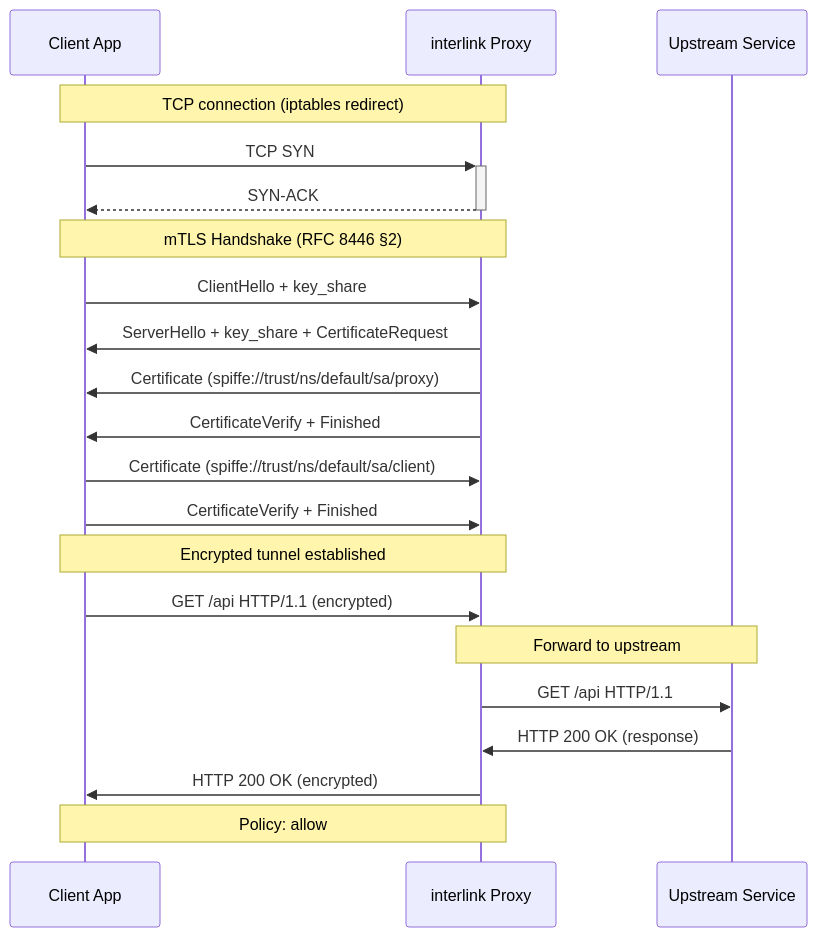
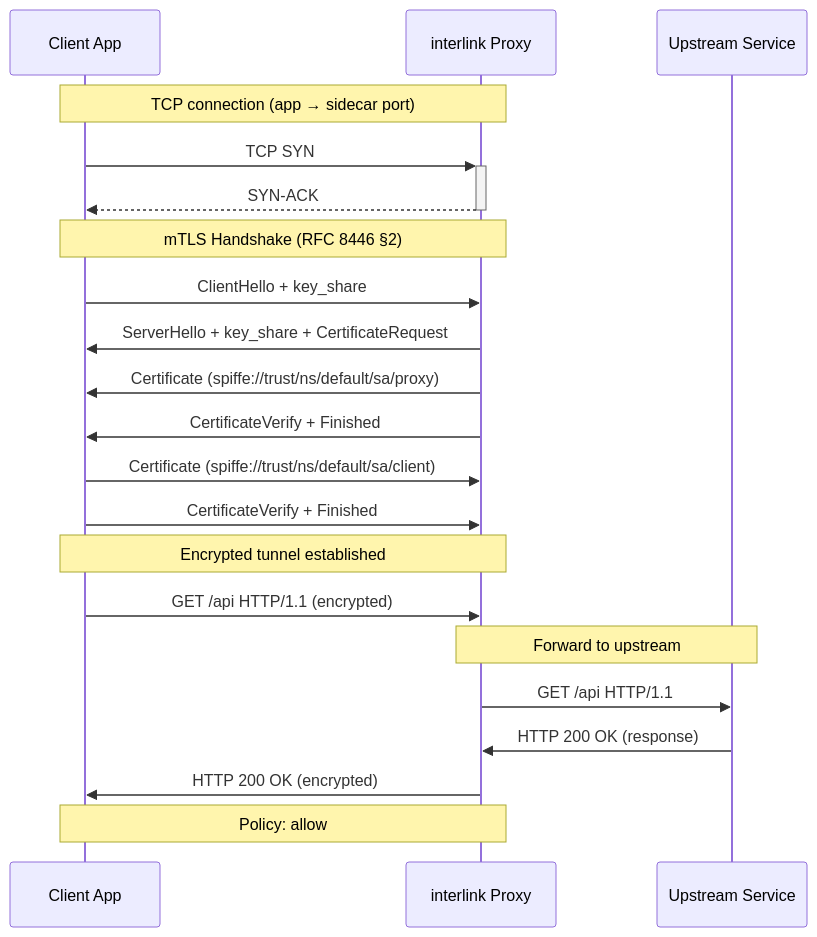
One commit to alexandernicholson/interlink changed the third of 3 diagrams in README.md. Above: the diagram before and after it, drawn with Mermaid. The commit also changed other lines of this file and 6 other files, not shown here.

First line of the commit message:
docs: sync all docs and diagrams with sidecar model, mux pool, and verified memory root cause

````diff
--- a/README.md
+++ b/README.md
@@ -145,28 +147,28 @@
 ```mermaid
 sequenceDiagram
     participant C as Client App
     participant P as interlink Proxy
     participant U as Upstream Service
 
-    Note over C,P: TCP connection (iptables redirect)
+    Note over C,P: TCP connection (app → sidecar port)
     C->>+P: TCP SYN
     P-->>-C: SYN-ACK
 
     Note over C,P: mTLS Handshake (RFC 8446 §2)
     C->>P: ClientHello + key_share
     P->>C: ServerHello + key_share + CertificateRequest
     P->>C: Certificate (spiffe://trust/ns/default/sa/proxy)
     P->>C: CertificateVerify + Finished
     C->>P: Certificate (spiffe://trust/ns/default/sa/client)
     C->>P: CertificateVerify + Finished
 
     Note over C,P: Encrypted tunnel established
     C->>P: GET /api HTTP/1.1 (encrypted)
 
     Note over P,U: Forward to upstream
     P->>U: GET /api HTTP/1.1
     U->>P: HTTP 200 OK (response)
     P->>C: HTTP 200 OK (encrypted)
 
     Note over C,P: Policy: allow
 ```
````
